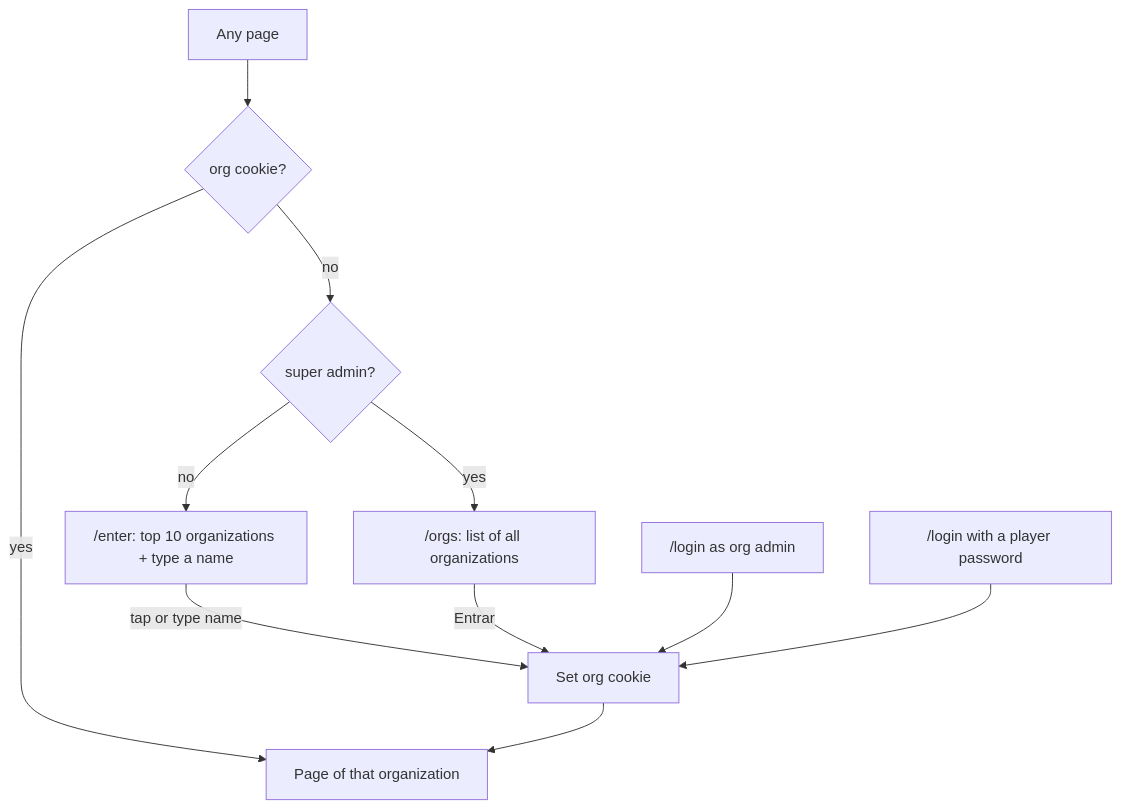
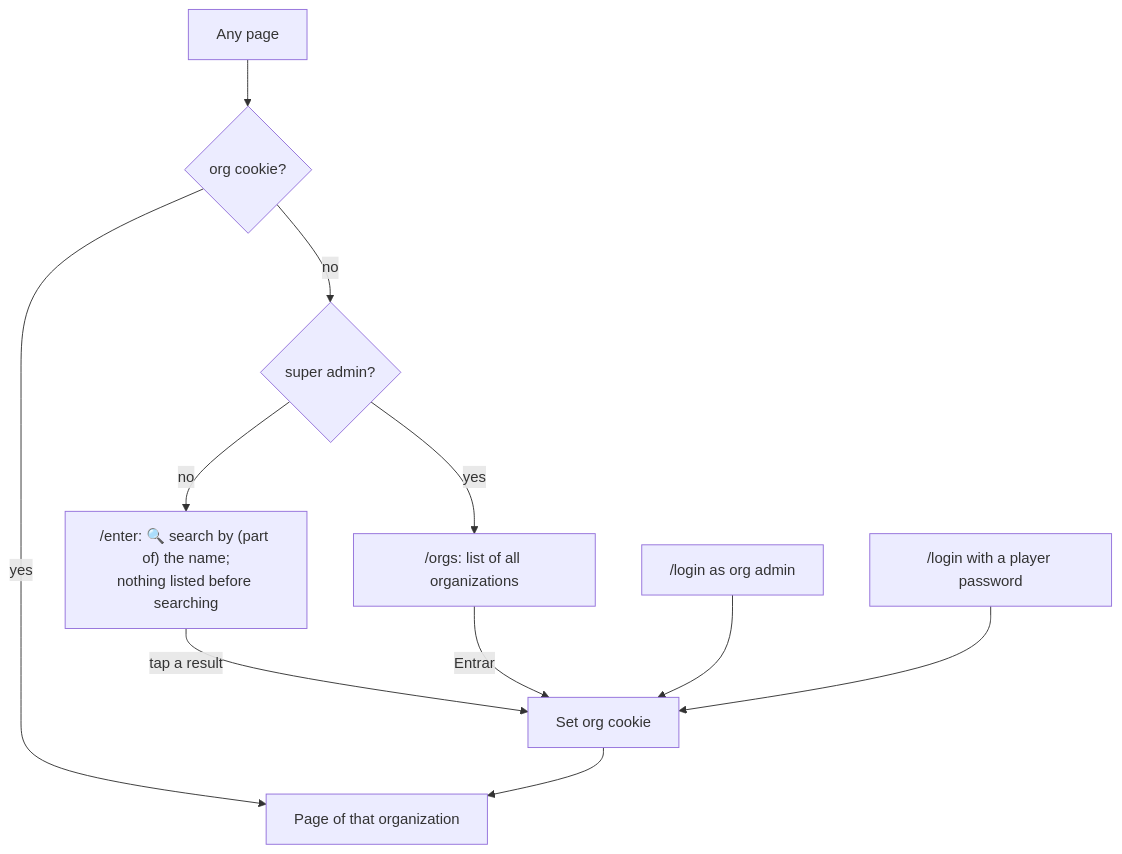
Before and after one commit to Sorrycion/PadelScore: the fourth of 5 diagrams in docs/processes/ORGANIZATIONS.md, drawn with Mermaid. The commit also changed other lines of this file and 12 other files, not shown here.

````diff
--- a/docs/processes/ORGANIZATIONS.md
+++ b/docs/processes/ORGANIZATIONS.md
@@ -128,12 +128,12 @@
 ```mermaid
 flowchart TD
     A[Any page] --> B{org cookie?}
     B -- yes --> C[Page of that organization]
     B -- no --> D{super admin?}
     D -- yes --> E["/orgs: list of all organizations"]
-    D -- no --> F["/enter: top 10 organizations + type a name"]
-    F -- tap or type name --> G[Set org cookie] --> C
+    D -- no --> F["/enter: 🔍 search by (part of) the name;<br/>nothing listed before searching"]
+    F -- tap a result --> G[Set org cookie] --> C
     E -- Entrar --> G
     H["/login as org admin"] --> G
     I["/login with a player password"] --> G
 ```
````
